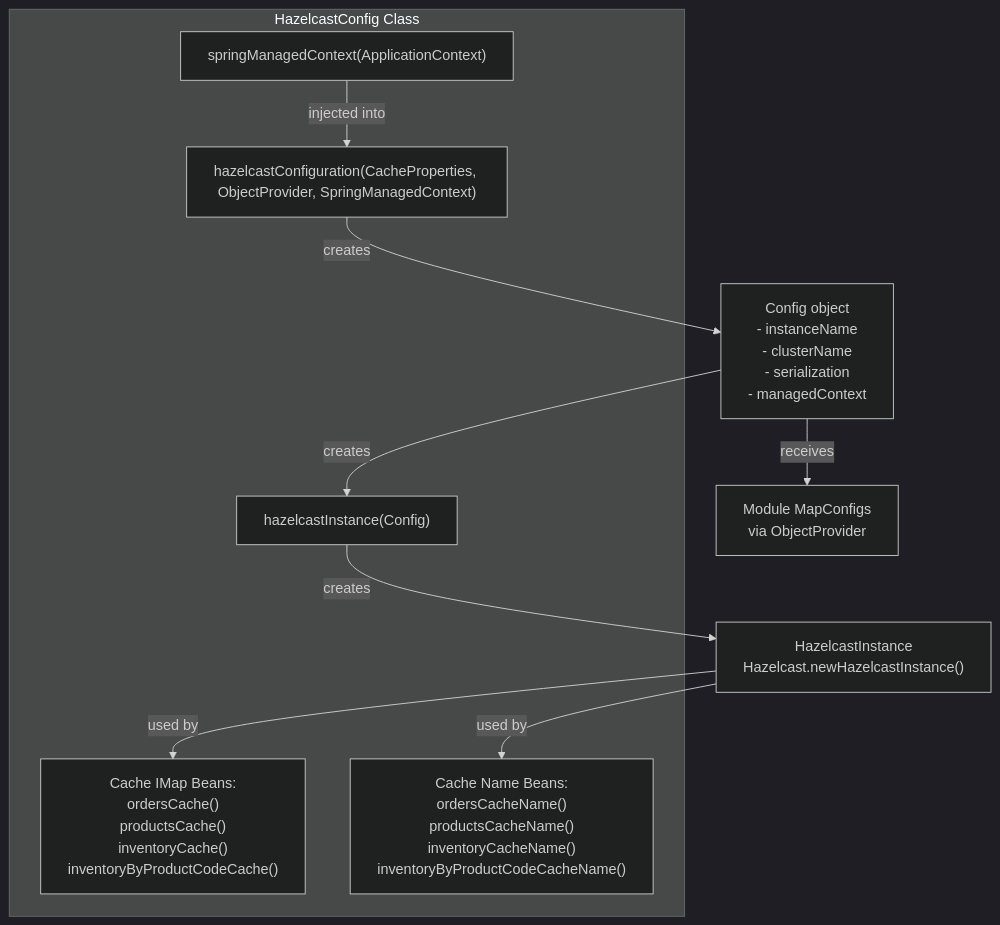
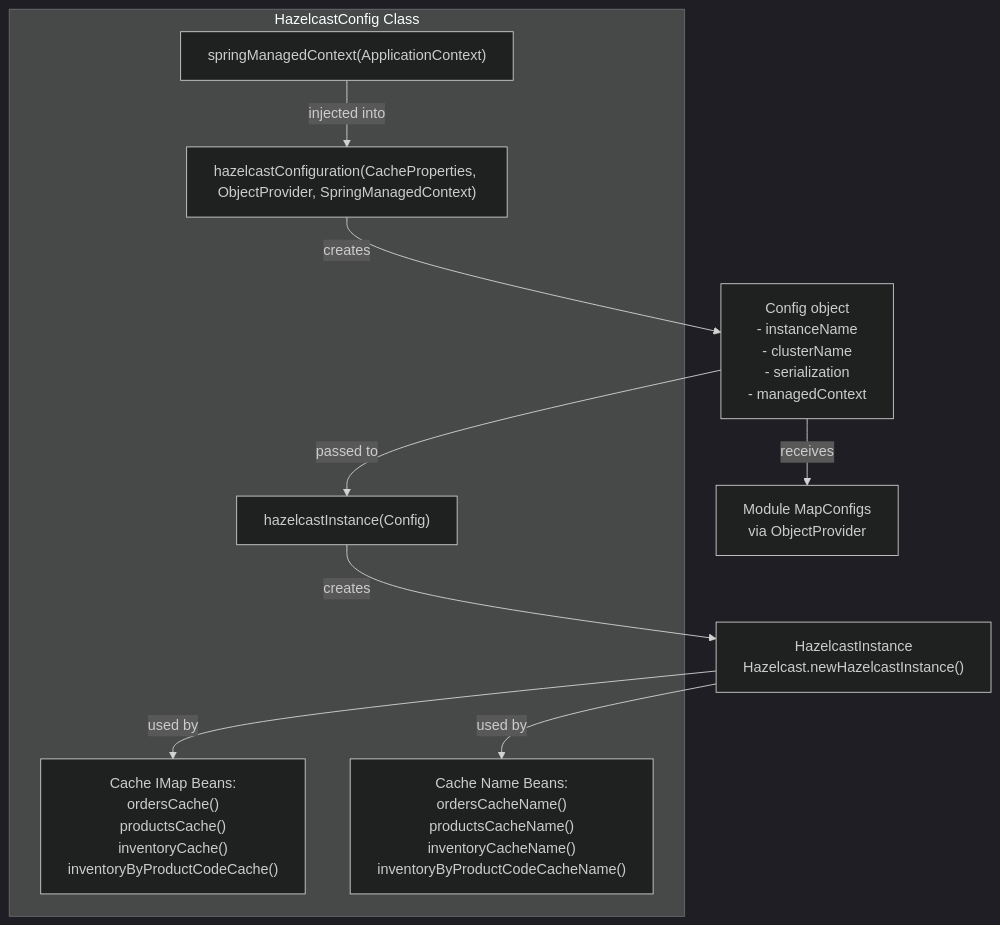
The second of 3 diagrams in docs/deepwiki/Cache-Configuration-and-MapConfigs.md (philipz/spring-modular-monolith), drawn with Mermaid (dark theme) before and after one commit. The commit also changed other lines of this file and 32 other files, not shown here.

````diff
--- a/docs/deepwiki/Cache-Configuration-and-MapConfigs.md
+++ b/docs/deepwiki/Cache-Configuration-and-MapConfigs.md
@@ -222,28 +222,28 @@
 ```mermaid
 flowchart TD
 
 ConfigMethod["hazelcastConfiguration(CacheProperties, ObjectProvider<MapConfig>, SpringManagedContext)"]
 InstanceMethod["hazelcastInstance(Config)"]
 SpringContextBean["springManagedContext(ApplicationContext)"]
 CacheBeans["Cache IMap Beans:<br>ordersCache()<br>productsCache()<br>inventoryCache()<br>inventoryByProductCodeCache()"]
 NameBeans["Cache Name Beans:<br>ordersCacheName()<br>productsCacheName()<br>inventoryCacheName()<br>inventoryByProductCodeCacheName()"]
 ConfigInstance["Config object<br>- instanceName<br>- clusterName<br>- serialization<br>- managedContext"]
 MapConfigs["Module MapConfigs<br>via ObjectProvider"]
 HZInstance["HazelcastInstance<br>Hazelcast.newHazelcastInstance()"]
 
 ConfigMethod -->|"creates"| ConfigInstance
 ConfigInstance -->|"receives"| MapConfigs
-ConfigInstance -->|"creates"| InstanceMethod
+ConfigInstance -->|"passed to"| InstanceMethod
 InstanceMethod -->|"creates"| HZInstance
 HZInstance -->|"used by"| CacheBeans
 HZInstance -->|"used by"| NameBeans
 
 subgraph subGraph0 ["HazelcastConfig Class"]
     ConfigMethod
     InstanceMethod
     SpringContextBean
     CacheBeans
     NameBeans
     SpringContextBean -->|"injected into"| ConfigMethod
 end
 ```
````
